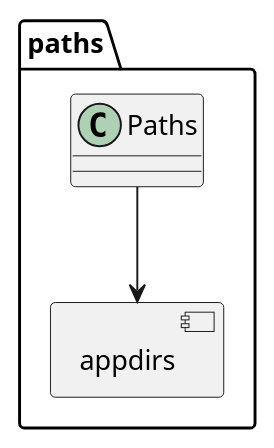
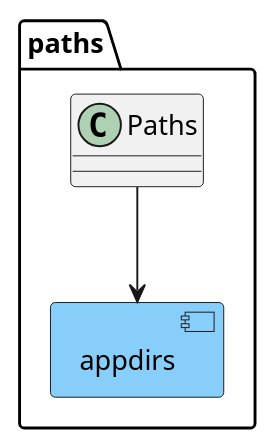
One commit to martin-ueding/vigilant-crypto-snatch changed the diagram in docs/dev/graphs/paths.puml. Above: the diagram before and after it, drawn with PlantUML. The commit also changed 6 other files, not shown here.

Commit message:
Add graph with components

```diff
--- a/docs/dev/graphs/paths.puml
+++ b/docs/dev/graphs/paths.puml
@@ -1,11 +1,11 @@
 @startuml
 
 allowmixing
 
 namespace paths {
-    component appdirs
+    component appdirs #lightskyblue
     class Paths
     Paths --> appdirs
 }
 
 @enduml
```
